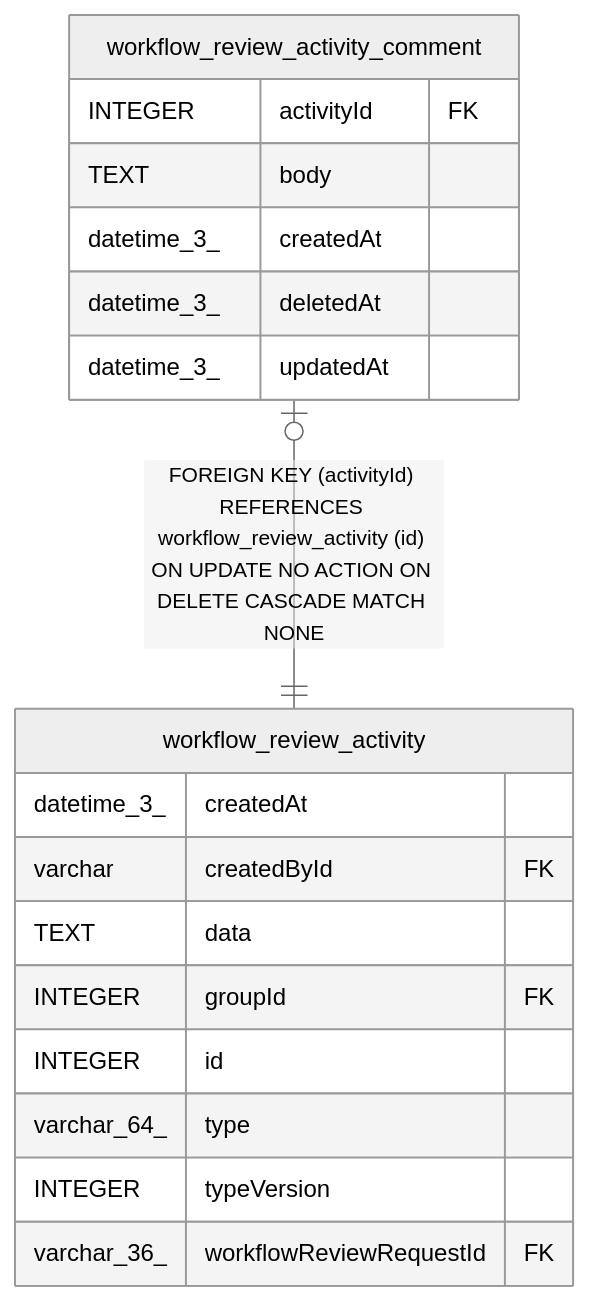
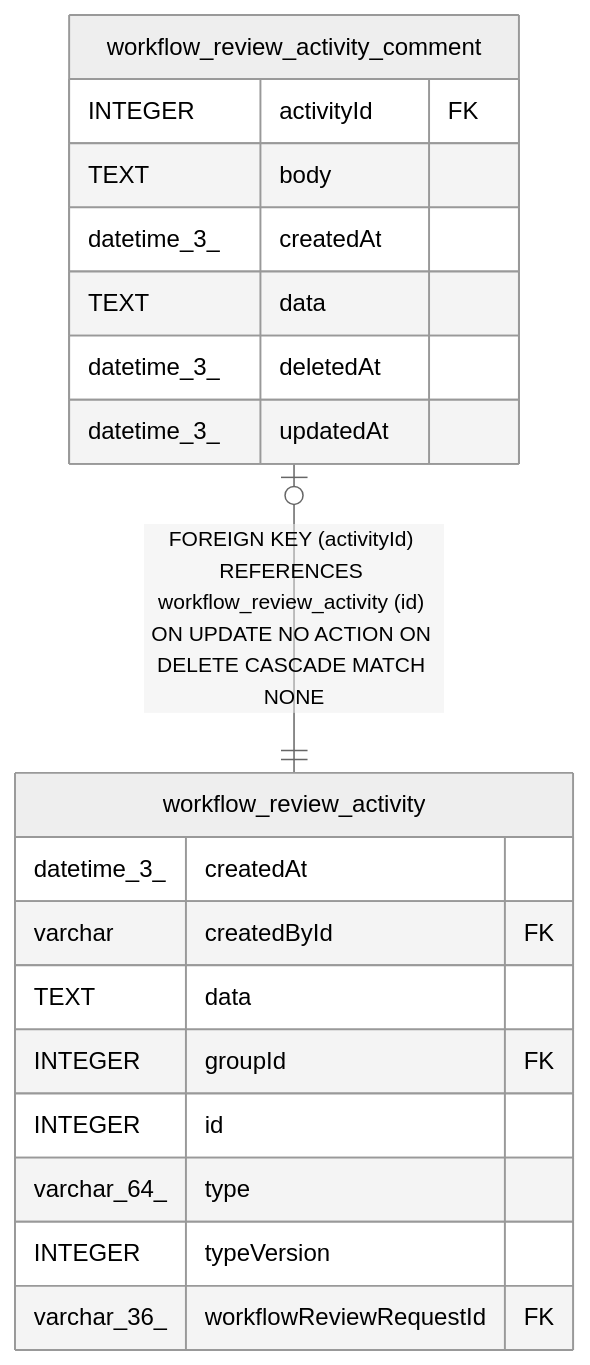
The diagram in docs/generated/sqlite-schema/workflow_review_activity_comment.md (mayankjain1815-commits/n8n), drawn with Mermaid (neutral theme) before and after one commit. The commit also changed other lines of this file and 8 other files, not shown here.

````diff
--- a/docs/generated/sqlite-schema/workflow_review_activity_comment.md
+++ b/docs/generated/sqlite-schema/workflow_review_activity_comment.md
@@ -33,23 +34,24 @@
 ```mermaid
 erDiagram
 
 "workflow_review_activity_comment" |o--|| "workflow_review_activity" : "FOREIGN KEY (activityId) REFERENCES workflow_review_activity (id) ON UPDATE NO ACTION ON DELETE CASCADE MATCH NONE"
 
 "workflow_review_activity_comment" {
   INTEGER activityId FK
   TEXT body
   datetime_3_ createdAt
+  TEXT data
   datetime_3_ deletedAt
   datetime_3_ updatedAt
 }
 "workflow_review_activity" {
   datetime_3_ createdAt
   varchar createdById FK
   TEXT data
   INTEGER groupId FK
   INTEGER id
   varchar_64_ type
   INTEGER typeVersion
   varchar_36_ workflowReviewRequestId FK
 }
 ```
````
